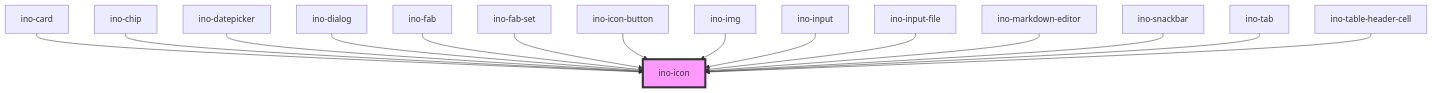
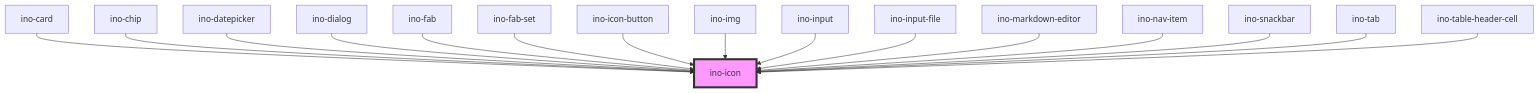
Before and after one commit to inovex/elements: the diagram in packages/elements/src/components/ino-icon/readme.md, drawn with Mermaid. The commit also changed other lines of this file and 4 other files, not shown here.

Commit message:
refactor(elements/ino-nav-item): add support for sub-menus

````diff
--- a/packages/elements/src/components/ino-icon/readme.md
+++ b/packages/elements/src/components/ino-icon/readme.md
@@ -75,18 +76,19 @@
 ```mermaid
 graph TD;
   ino-card --> ino-icon
   ino-chip --> ino-icon
   ino-datepicker --> ino-icon
   ino-dialog --> ino-icon
   ino-fab --> ino-icon
   ino-fab-set --> ino-icon
   ino-icon-button --> ino-icon
   ino-img --> ino-icon
   ino-input --> ino-icon
   ino-input-file --> ino-icon
   ino-markdown-editor --> ino-icon
+  ino-nav-item --> ino-icon
   ino-snackbar --> ino-icon
   ino-tab --> ino-icon
   ino-table-header-cell --> ino-icon
   style ino-icon fill:#f9f,stroke:#333,stroke-width:4px
 ```
````
